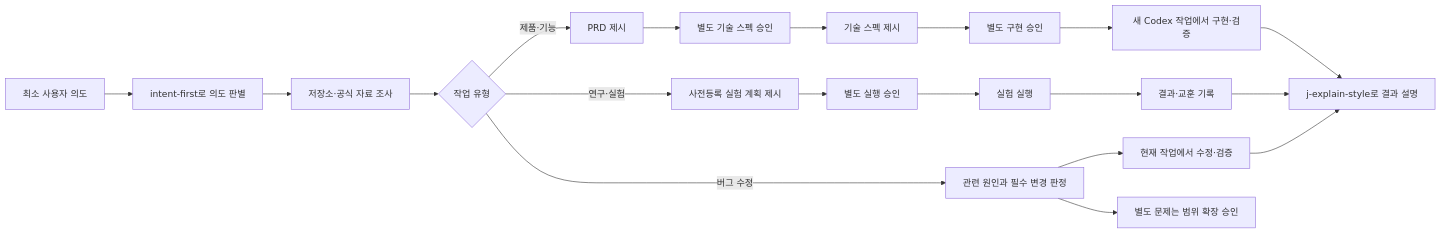
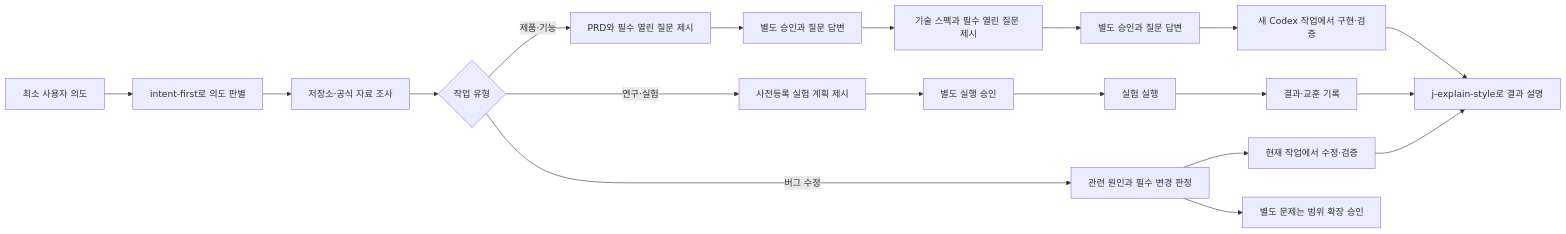
Before and after one commit to j-token/j-token-codex-workflow-kit: the diagram in README.md, drawn with Mermaid. The commit also changed other lines of this file and 8 other files, not shown here.

````diff
--- a/README.md
+++ b/README.md
@@ -48,21 +54,21 @@
 ```mermaid
 flowchart LR
     A["최소 사용자 의도"] --> A1["intent-first로 의도 판별"]
     A1 --> B["저장소·공식 자료 조사"]
     B --> C{"작업 유형"}
-    C -- "제품·기능" --> D["PRD 제시"]
-    D --> E["별도 기술 스펙 승인"]
-    E --> F["기술 스펙 제시"]
-    F --> G["별도 구현 승인"]
+    C -- "제품·기능" --> D["PRD와 필수 열린 질문 제시"]
+    D --> E["별도 승인과 질문 답변"]
+    E --> F["기술 스펙과 필수 열린 질문 제시"]
+    F --> G["별도 승인과 질문 답변"]
     G --> H["새 Codex 작업에서 구현·검증"]
     C -- "연구·실험" --> M["사전등록 실험 계획 제시"]
     M --> N["별도 실행 승인"]
     N --> O["실험 실행"]
     O --> P["결과·교훈 기록"]
     C -- "버그 수정" --> I["관련 원인과 필수 변경 판정"]
     I --> J["현재 작업에서 수정·검증"]
     I --> K["별도 문제는 범위 확장 승인"]
     H --> L["j-explain-style로 결과 설명"]
     P --> L
     J --> L
 ```
````
